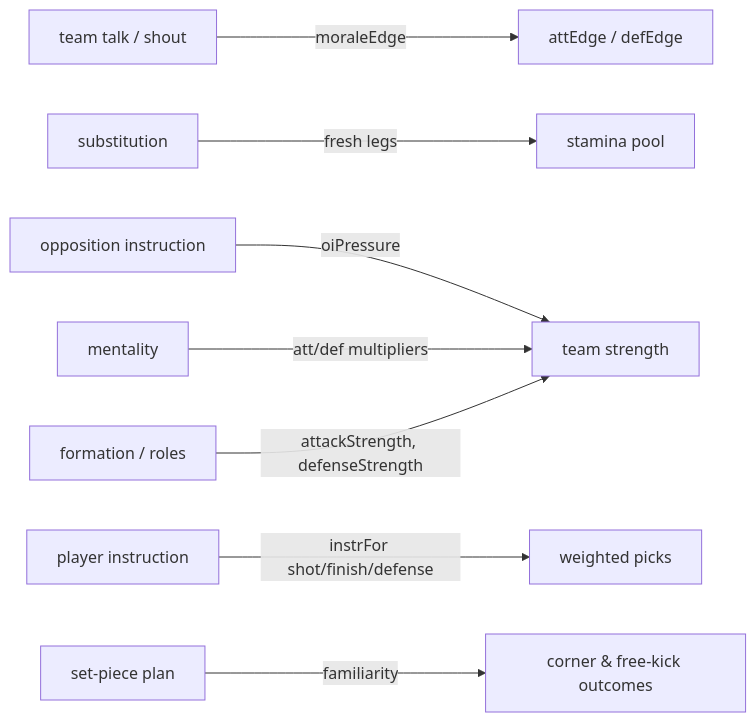
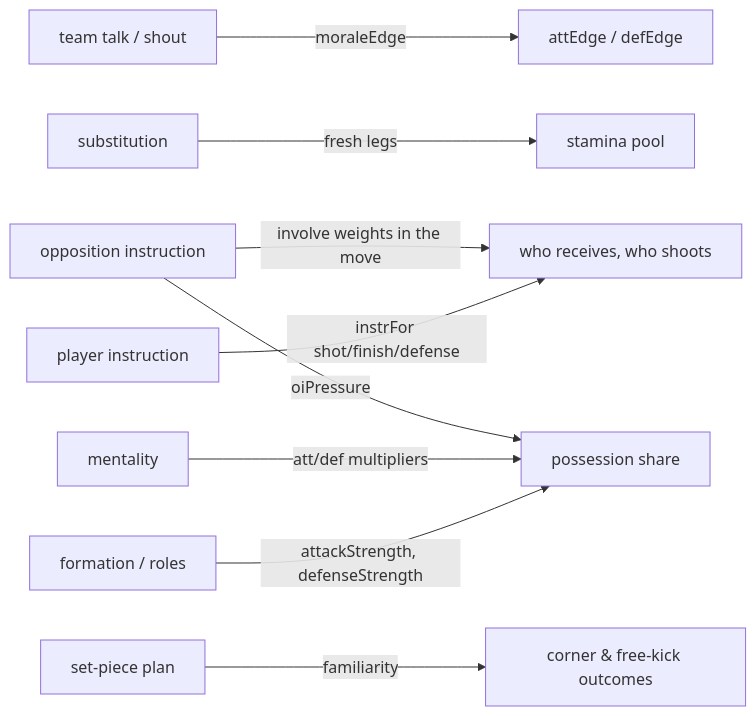
The sixth of 8 diagrams in docs/ENGINE-FLOW.md (JorgeQuijano/football-manager), drawn with Mermaid before and after one commit. The commit also changed other lines of this file and 30 other files, not shown here.

````diff
--- a/docs/ENGINE-FLOW.md
+++ b/docs/ENGINE-FLOW.md
@@ -122,10 +122,11 @@
 ```mermaid
 flowchart LR
   TALK["team talk / shout"] -->|moraleEdge| EDGE["attEdge / defEdge"]
   SUB["substitution"] -->|fresh legs| STA["stamina pool"]
-  OI["opposition instruction"] -->|oiPressure| TEAM["team strength"]
-  PI["player instruction"] -->|instrFor shot/finish/defense| PICK["weighted picks"]
+  OI["opposition instruction"] -->|involve weights in the move| PICK["who receives, who shoots"]
+  OI -->|oiPressure| TEAM["possession share"]
+  PI["player instruction"] -->|instrFor shot/finish/defense| PICK
   MENT["mentality"] -->|att/def multipliers| TEAM
   SET["set-piece plan"] -->|familiarity| CORNER["corner & free-kick outcomes"]
   TACT["formation / roles"] -->|attackStrength, defenseStrength| TEAM
 ```
````
